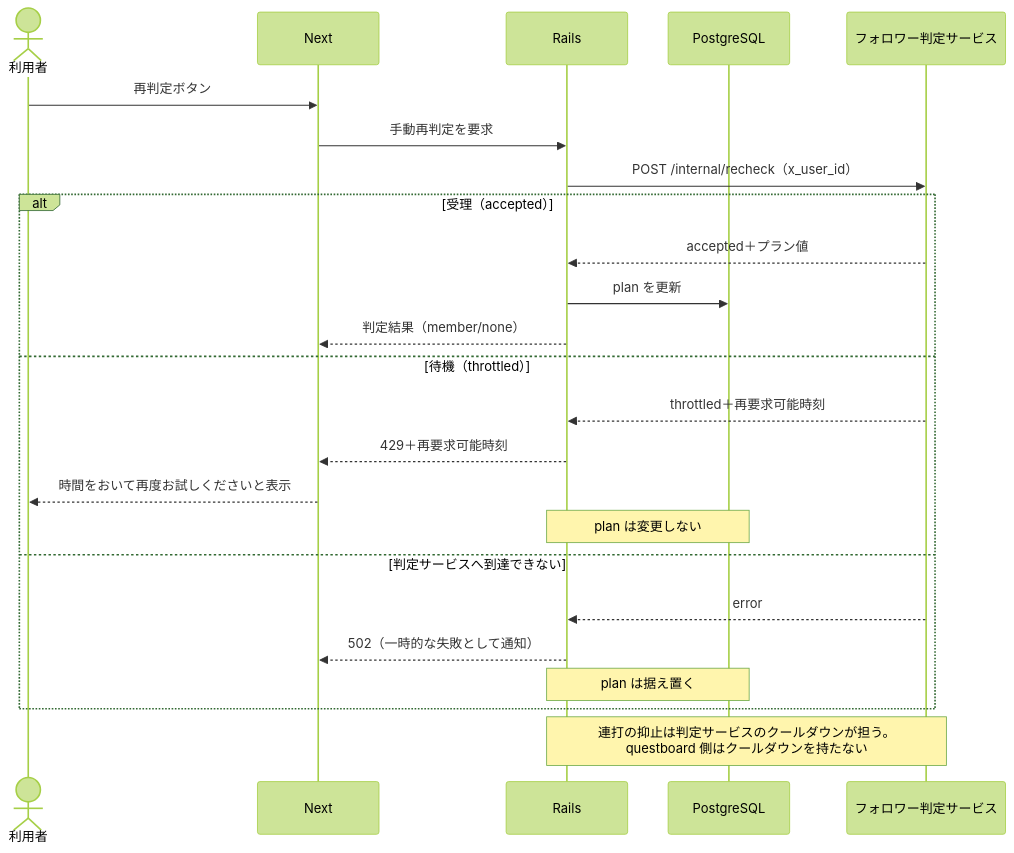
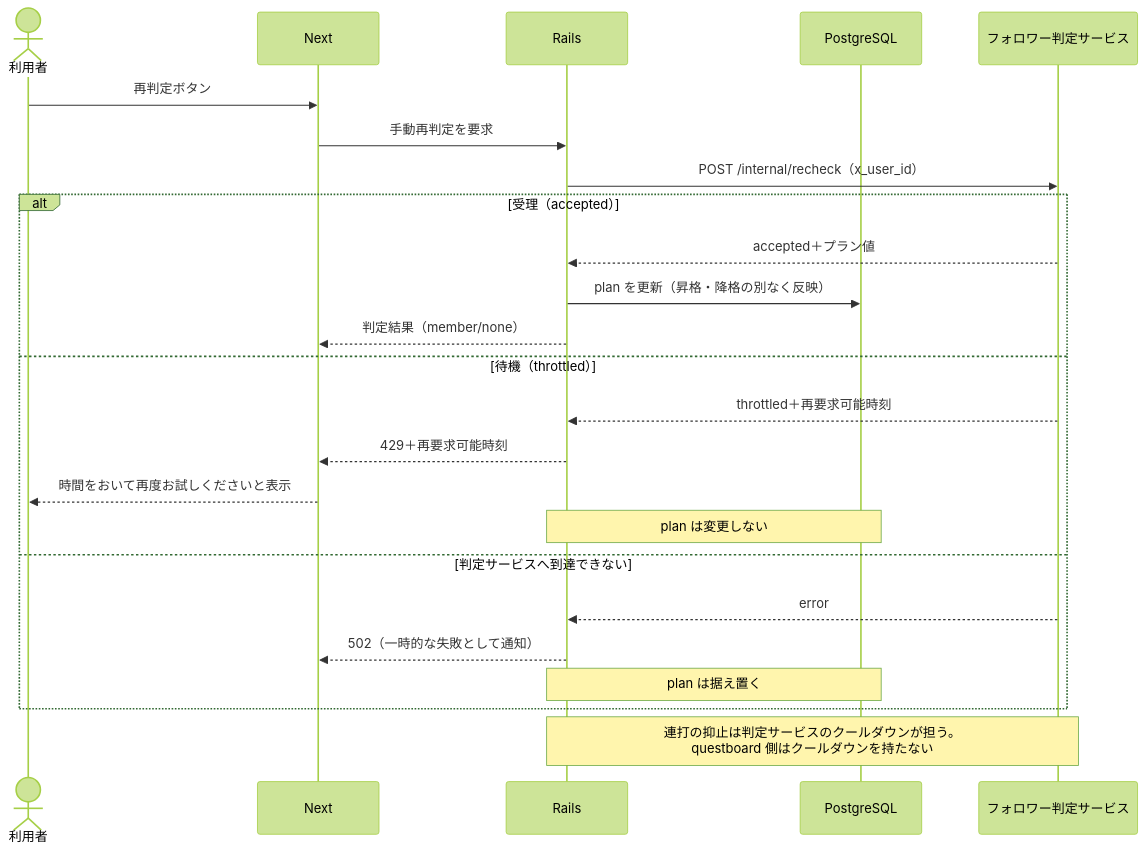
Before and after one commit to rictaworks/questboard: the sixth of 12 diagrams in questboard_design_document.md, drawn with Mermaid (forest theme). The commit also changed other lines of this file and 1 other file, not shown here.

````diff
--- a/questboard_design_document.md
+++ b/questboard_design_document.md
@@ -417,27 +419,27 @@
 ```mermaid
 sequenceDiagram
     actor U as 利用者
     participant FE as Next
     participant API as Rails
     participant DB as PostgreSQL
     participant GATE as フォロワー判定サービス
 
     U->>FE: 再判定ボタン
     FE->>API: 手動再判定を要求
     API->>GATE: POST /internal/recheck（x_user_id）
     alt 受理（accepted）
         GATE-->>API: accepted＋プラン値
-        API->>DB: plan を更新
+        API->>DB: plan を更新（昇格・降格の別なく反映）
         API-->>FE: 判定結果（member/none）
     else 待機（throttled）
         GATE-->>API: throttled＋再要求可能時刻
         API-->>FE: 429＋再要求可能時刻
         FE-->>U: 時間をおいて再度お試しくださいと表示
         Note over API,DB: plan は変更しない
     else 判定サービスへ到達できない
         GATE-->>API: error
         API-->>FE: 502（一時的な失敗として通知）
         Note over API,DB: plan は据え置く
     end
     Note over API,GATE: 連打の抑止は判定サービスのクールダウンが担う。<br/>questboard 側はクールダウンを持たない
 ```
````
